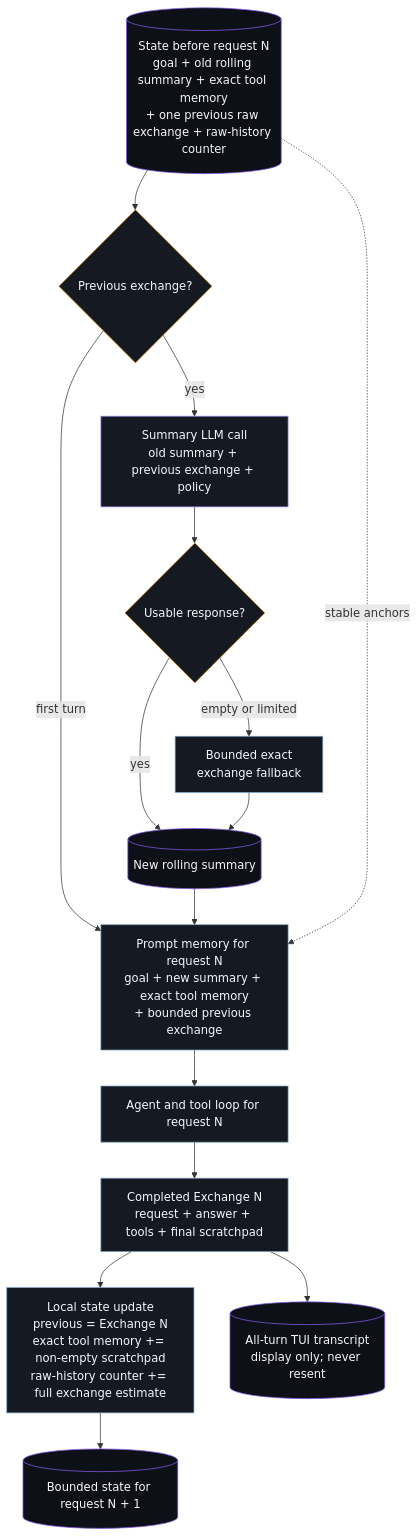
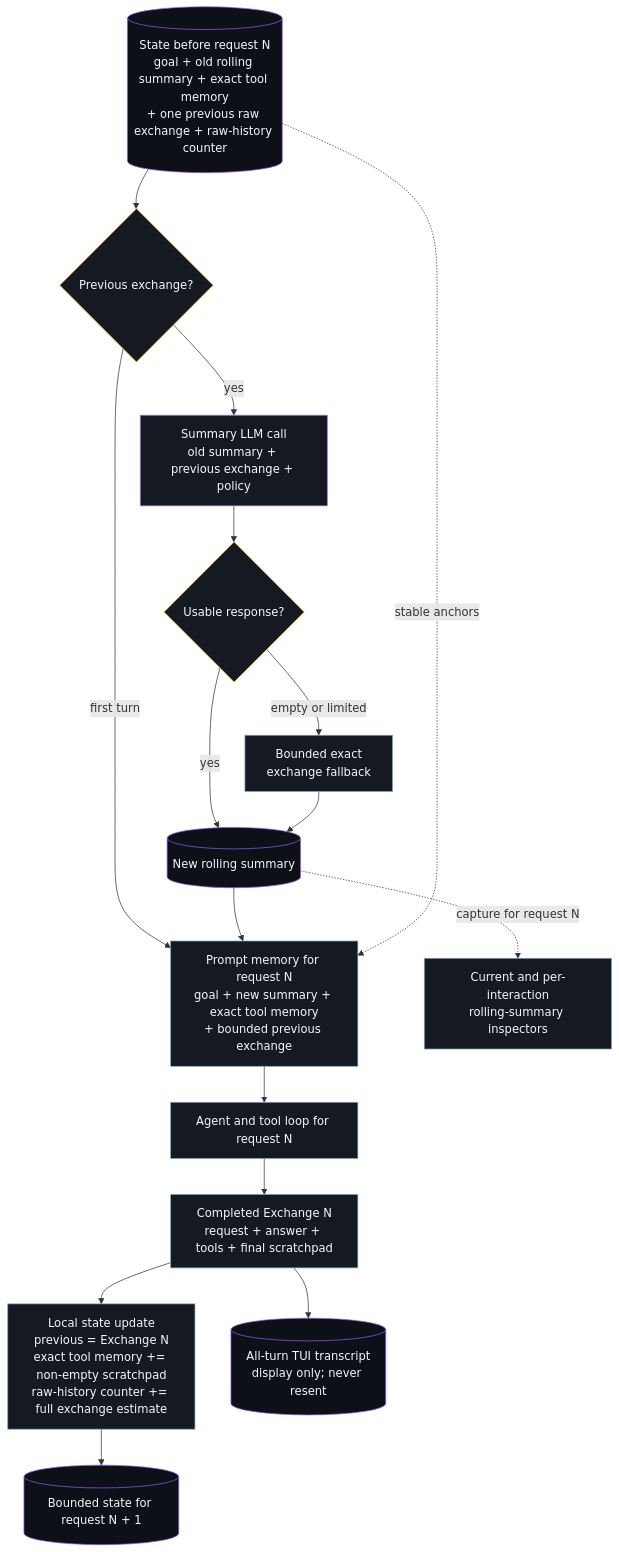
Before and after one commit to BrunoV21/vyrn: the second of 4 diagrams in docs/official/concepts/architecture.md, drawn with Mermaid. The commit also changed other lines of this file and 10 other files, not shown here.

Commit message:
docs: document rolling summary inspection

````diff
--- a/docs/official/concepts/architecture.md
+++ b/docs/official/concepts/architecture.md
@@ -36,27 +36,28 @@
 ```mermaid
 flowchart TB
   Before[("State before request N<br/>goal + old rolling summary + exact tool memory<br/>+ one previous raw exchange + raw-history counter")]
   Before --> HasPrevious{"Previous exchange?"}
   HasPrevious -- "yes" --> SummaryCall["Summary LLM call<br/>old summary + previous exchange + policy"]
   SummaryCall --> Valid{"Usable response?"}
   Valid -- "yes" --> NewSummary[("New rolling summary")]
   Valid -- "empty or limited" --> Fallback["Bounded exact<br/>exchange fallback"]
   Fallback --> NewSummary
   HasPrevious -- "first turn" --> Prompt
   NewSummary --> Prompt
+  NewSummary -. "capture for request N" .-> SummaryInspect["Current and per-interaction<br/>rolling-summary inspectors"]
   Before -. "stable anchors" .-> Prompt["Prompt memory for request N<br/>goal + new summary + exact tool memory<br/>+ bounded previous exchange"]
   Prompt --> Agent["Agent and tool loop for request N"]
   Agent --> Completed["Completed Exchange N<br/>request + answer + tools + final scratchpad"]
   Completed --> Update["Local state update<br/>previous = Exchange N<br/>exact tool memory += non-empty scratchpad<br/>raw-history counter += full exchange estimate"]
   Update --> After[("Bounded state for request N + 1")]
   Completed --> Transcript[("All-turn TUI transcript<br/>display only; never resent")]
 
   classDef model fill:#151A22,stroke:#A78BFA,color:#F3F7FB
   classDef store fill:#0D1016,stroke:#8B5CF6,color:#F3F7FB
   classDef local fill:#151A22,stroke:#7DA2C2,color:#F3F7FB
   classDef decision fill:#151A22,stroke:#F5A524,color:#F3F7FB
   class Before,NewSummary,After,Transcript store
   class SummaryCall model
-  class Fallback,Prompt,Agent,Completed,Update local
+  class Fallback,Prompt,Agent,Completed,Update,SummaryInspect local
   class HasPrevious,Valid decision
 ```
````
